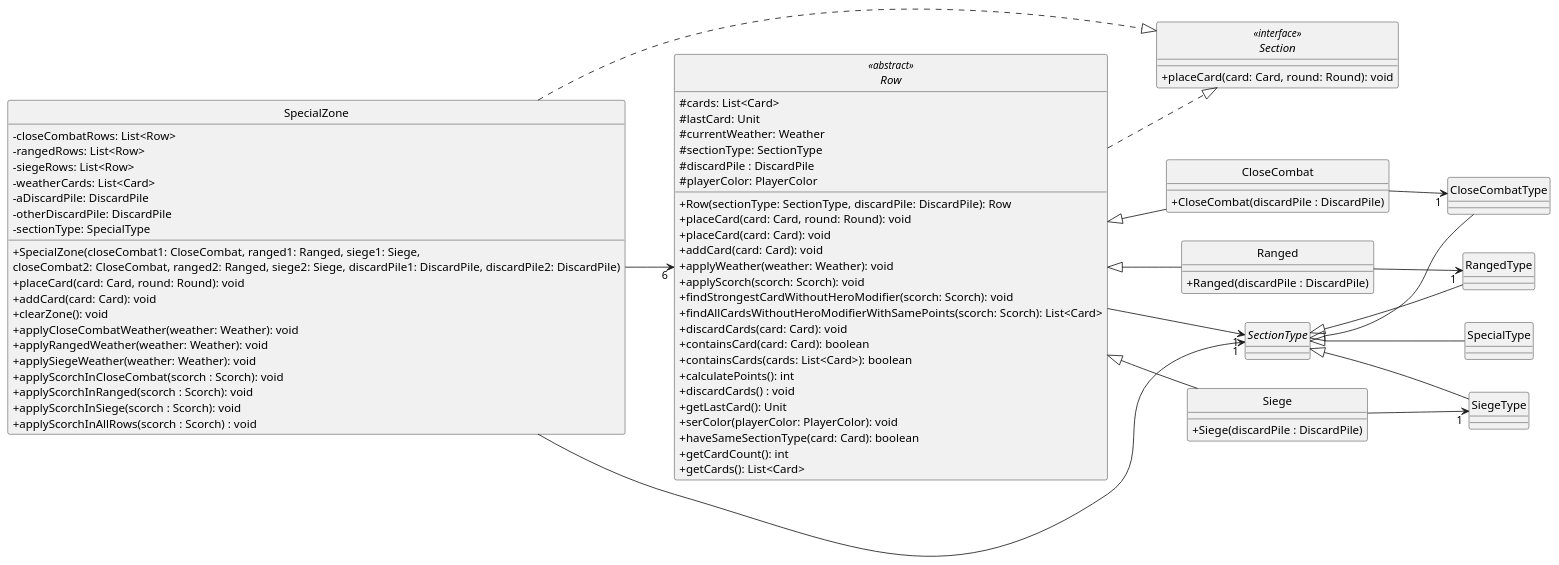
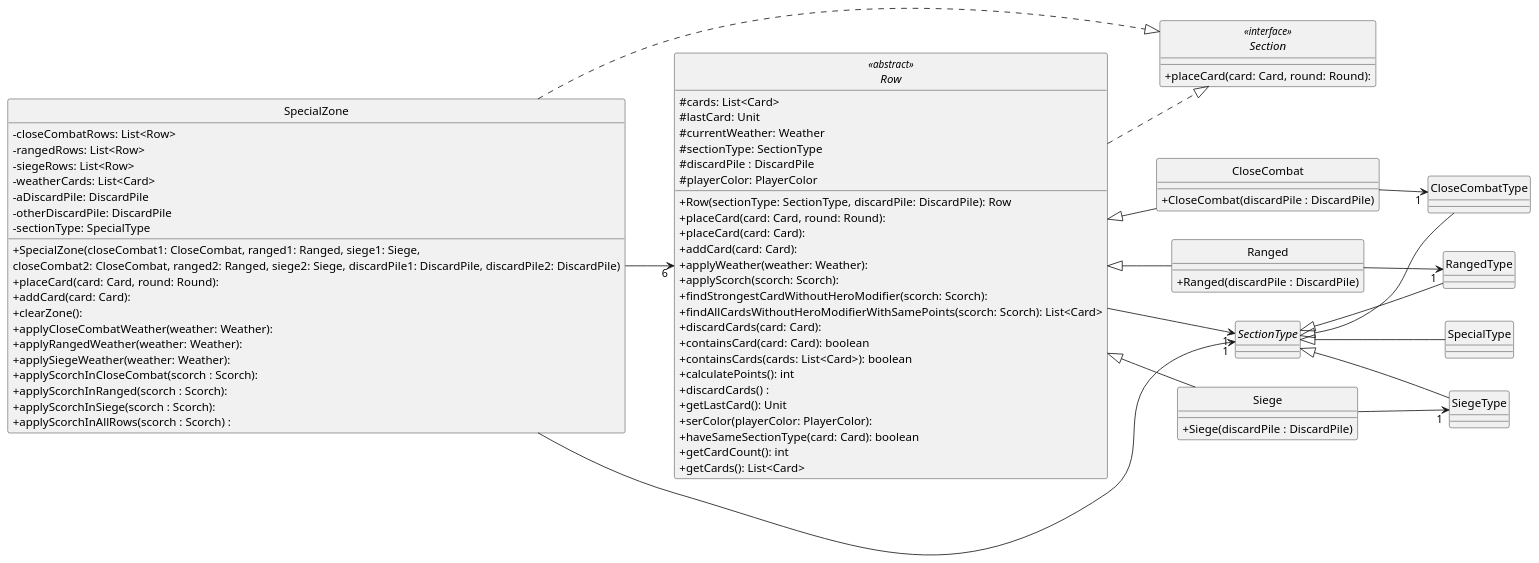
The diagram in diagrams/classes/sections.puml (Yonhir/algo3_proyecto_base_tp2), drawn with PlantUML before and after one commit. The commit also changed 5 other files, not shown here.

Commit message:
saco void de diagramas

```diff
--- a/diagrams/classes/sections.puml
+++ b/diagrams/classes/sections.puml
@@ -1,107 +1,107 @@
 @startuml
 
 skinparam monochrome true
 hide circle
 skinparam classAttributeIconSize 0
 
 left to right direction
 
 
 interface Section <<interface>> {
-  +placeCard(card: Card, round: Round): void
+  +placeCard(card: Card, round: Round): 
 }
 
 abstract class SectionType
 class CloseCombatType
 class RangedType
 class SiegeType
 class SpecialType
 
 abstract class Row <<abstract>> {
   #cards: List<Card>
   #lastCard: Unit
   #currentWeather: Weather
   #sectionType: SectionType
   #discardPile : DiscardPile
   #playerColor: PlayerColor
   +Row(sectionType: SectionType, discardPile: DiscardPile): Row
-  +placeCard(card: Card, round: Round): void
-  +placeCard(card: Card): void
-  +addCard(card: Card): void
-  +applyWeather(weather: Weather): void
-  +applyScorch(scorch: Scorch): void
-  +findStrongestCardWithoutHeroModifier(scorch: Scorch): void
+  +placeCard(card: Card, round: Round): 
+  +placeCard(card: Card): 
+  +addCard(card: Card): 
+  +applyWeather(weather: Weather): 
+  +applyScorch(scorch: Scorch): 
+  +findStrongestCardWithoutHeroModifier(scorch: Scorch): 
   +findAllCardsWithoutHeroModifierWithSamePoints(scorch: Scorch): List<Card>
-  +discardCards(card: Card): void
+  +discardCards(card: Card): 
   +containsCard(card: Card): boolean
   +containsCards(cards: List<Card>): boolean
   +calculatePoints(): int
-  +discardCards() : void
+  +discardCards() : 
   +getLastCard(): Unit
-  +serColor(playerColor: PlayerColor): void
+  +serColor(playerColor: PlayerColor): 
   +haveSameSectionType(card: Card): boolean
   +getCardCount(): int
   +getCards(): List<Card>
 }
 
 class Ranged {
   +Ranged(discardPile : DiscardPile)
 }
 
 class CloseCombat {
   +CloseCombat(discardPile : DiscardPile)
 }
 
 class Siege {
   +Siege(discardPile : DiscardPile)
 }
 
 class SpecialZone {
   -closeCombatRows: List<Row>
   -rangedRows: List<Row>
   -siegeRows: List<Row>
   -weatherCards: List<Card>
   -aDiscardPile: DiscardPile
   -otherDiscardPile: DiscardPile
   -sectionType: SpecialType
   +SpecialZone(closeCombat1: CloseCombat, ranged1: Ranged, siege1: Siege, 
   closeCombat2: CloseCombat, ranged2: Ranged, siege2: Siege, discardPile1: DiscardPile, discardPile2: DiscardPile) 
-  +placeCard(card: Card, round: Round): void
-  +addCard(card: Card): void
-  +clearZone(): void
-  +applyCloseCombatWeather(weather: Weather): void
-  +applyRangedWeather(weather: Weather): void
-  +applySiegeWeather(weather: Weather): void
-  +applyScorchInCloseCombat(scorch : Scorch): void
-  +applyScorchInRanged(scorch : Scorch): void
-  +applyScorchInSiege(scorch : Scorch): void
-  +applyScorchInAllRows(scorch : Scorch) : void
+  +placeCard(card: Card, round: Round): 
+  +addCard(card: Card): 
+  +clearZone(): 
+  +applyCloseCombatWeather(weather: Weather): 
+  +applyRangedWeather(weather: Weather): 
+  +applySiegeWeather(weather: Weather): 
+  +applyScorchInCloseCombat(scorch : Scorch): 
+  +applyScorchInRanged(scorch : Scorch): 
+  +applyScorchInSiege(scorch : Scorch): 
+  +applyScorchInAllRows(scorch : Scorch) : 
 }
 
 
 
 SpecialZone --> "6" Row
 
 Row <|-- Ranged
 Row <|-- CloseCombat
 Row <|-- Siege
 
 
 Row ..|> Section
 SpecialZone ..|> Section
 
 SectionType <|-- SpecialType
 SectionType <|-- CloseCombatType
 SectionType <|-- RangedType
 SectionType <|-- SiegeType
 
 SpecialZone --> "1" SectionType
 Row --> "1" SectionType
 
 Ranged --> "1" RangedType
 CloseCombat --> "1" CloseCombatType
 Siege --> "1" SiegeType
 
 
 
 @enduml
```
